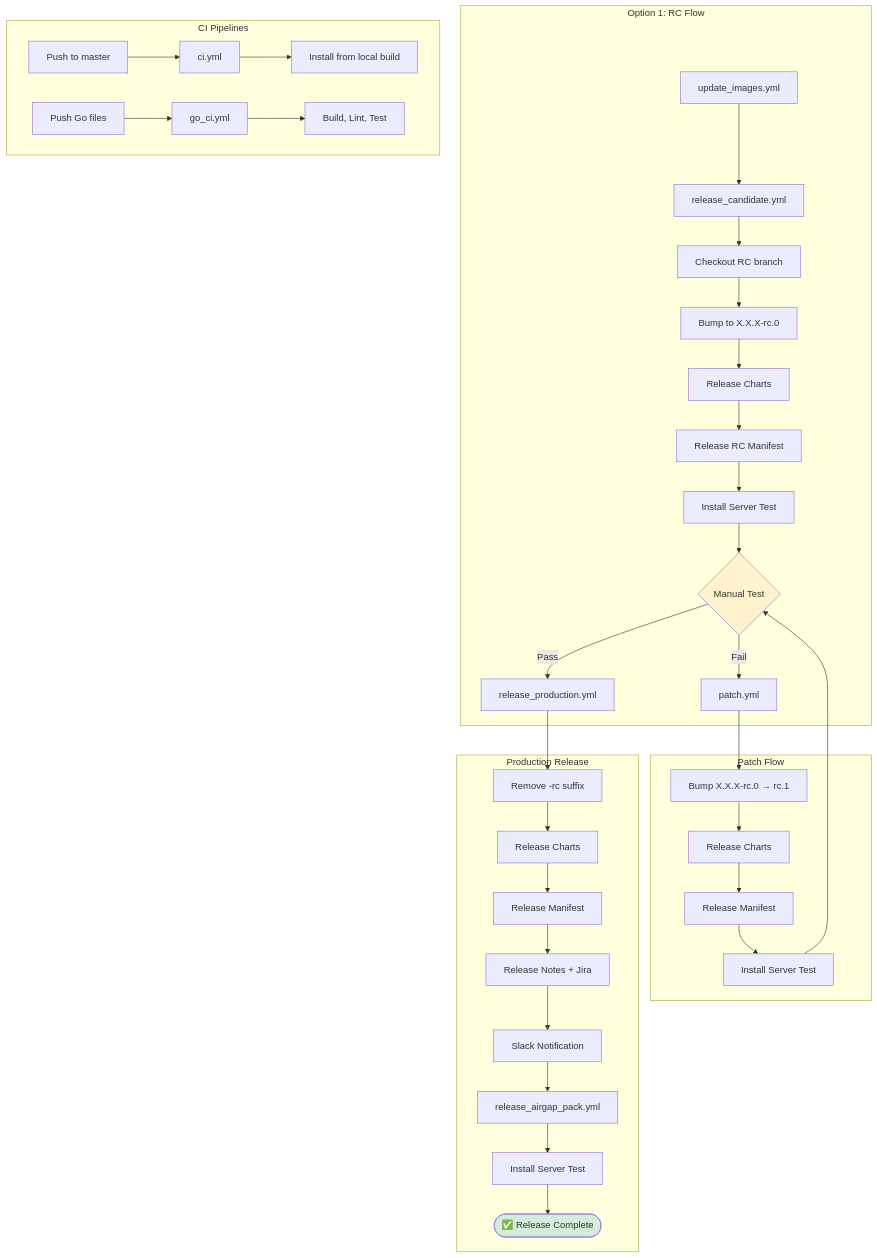
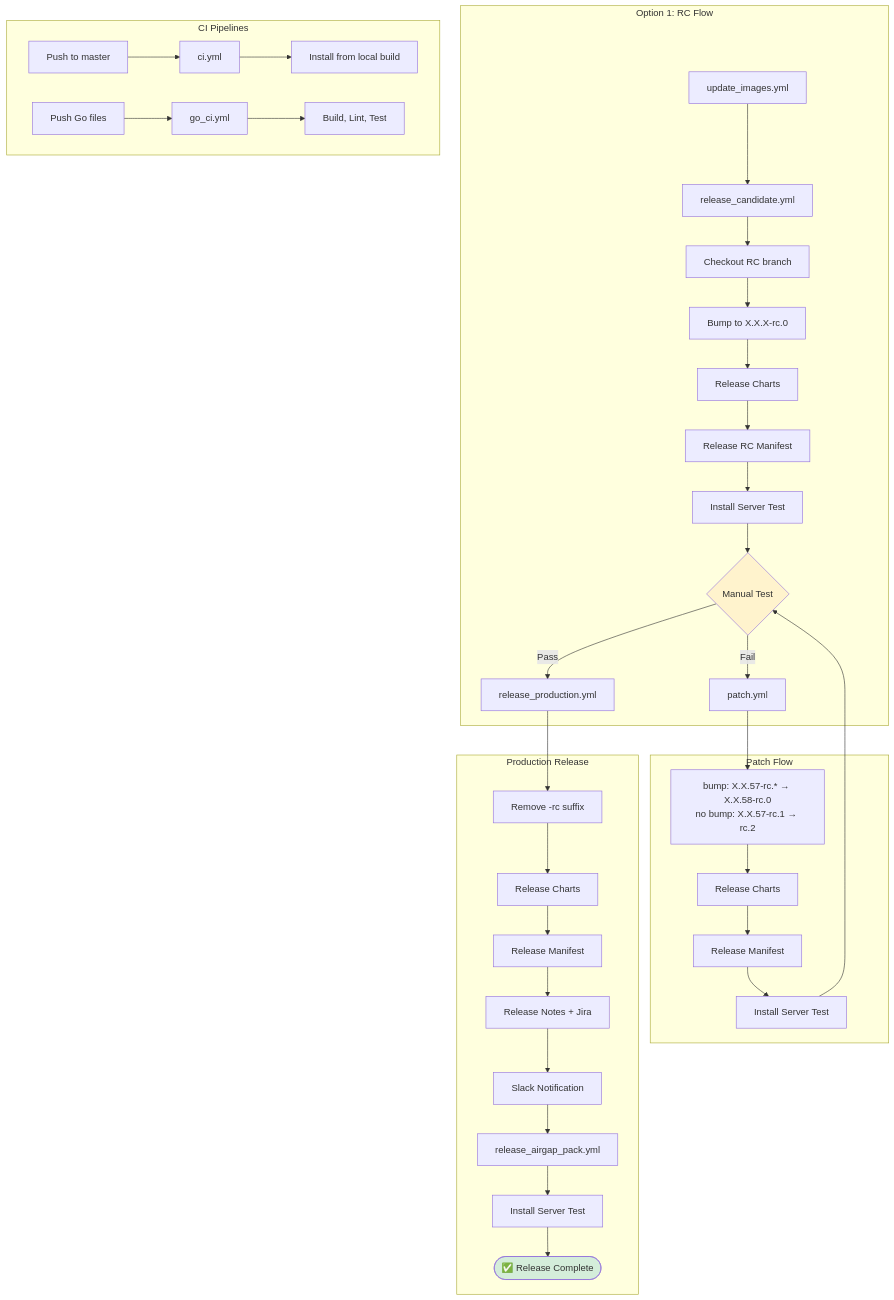
The diagram in WORKFLOW_DIAGRAM.md (tensorleap/helm-charts), drawn with Mermaid before and after one commit. The commit also changed other lines of this file and 2 other files, not shown here.

First line of the commit message:
Add a Bump checkbox to the Patch workflow (#428)

````diff
--- a/WORKFLOW_DIAGRAM.md
+++ b/WORKFLOW_DIAGRAM.md
@@ -437,44 +442,44 @@
 ```mermaid
 graph TD
     subgraph "Option 1: RC Flow"
         UI[update_images.yml] --> RC[release_candidate.yml]
         RC --> RC1[Checkout RC branch]
         RC1 --> RC2[Bump to X.X.X-rc.0]
         RC2 --> RC3[Release Charts]
         RC3 --> RC4[Release RC Manifest]
         RC4 --> RC5[Install Server Test]
         RC5 --> Test{Manual Test}
         Test -->|Pass| Prod
         Test -->|Fail| Patch
     end
 
     subgraph "Patch Flow"
-        Patch[patch.yml] --> P1[Bump X.X.X-rc.0 → rc.1]
+        Patch[patch.yml] --> P1[bump: X.X.57-rc.* → X.X.58-rc.0<br/>no bump: X.X.57-rc.1 → rc.2]
         P1 --> P2[Release Charts]
         P2 --> P3[Release Manifest]
         P3 --> P4[Install Server Test]
         P4 --> Test
     end
 
     subgraph "Production Release"
         Prod[release_production.yml] --> Prod1[Remove -rc suffix]
         Prod1 --> Prod2[Release Charts]
         Prod2 --> Prod3[Release Manifest]
         Prod3 --> Prod4[Release Notes + Jira]
         Prod4 --> Prod5[Slack Notification]
         Prod5 --> Airgap[release_airgap_pack.yml]
         Airgap --> Install[Install Server Test]
         Install --> Done([✅ Release Complete])
     end
 
     subgraph "CI Pipelines"
         Push[Push to master] --> CI[ci.yml]
         CI --> CI1[Install from local build]
         
         GoPush[Push Go files] --> GoCI[go_ci.yml]
         GoCI --> GoCI1[Build, Lint, Test]
     end
 
     style Done fill:#d4edda
     style Test fill:#fff3cd
 ```
````
